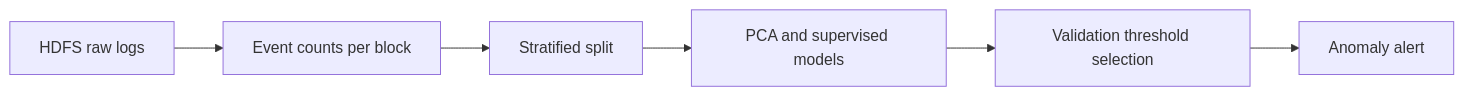
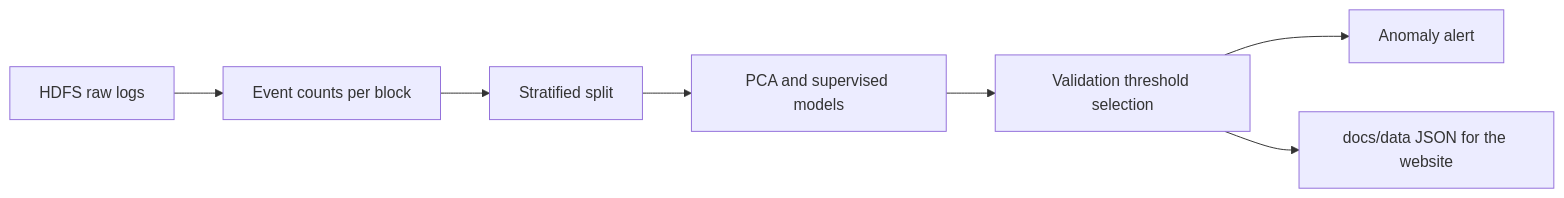
One commit to Vanshr45/hdfs-incident-radar changed the diagram in README.md. Above: the diagram before and after it, drawn with Mermaid. The commit also changed other lines of this file and 132 other files, not shown here.

First line of the commit message:
feat: interactive website, chart data export and leakage checks

````diff
--- a/README.md
+++ b/README.md
@@ -61,8 +76,9 @@
 ```mermaid
 flowchart LR
     A[HDFS raw logs] --> B[Event counts per block]
     B --> C[Stratified split]
     C --> D[PCA and supervised models]
     D --> E[Validation threshold selection]
     E --> F[Anomaly alert]
+    E --> G[docs/data JSON for the website]
 ```
````
